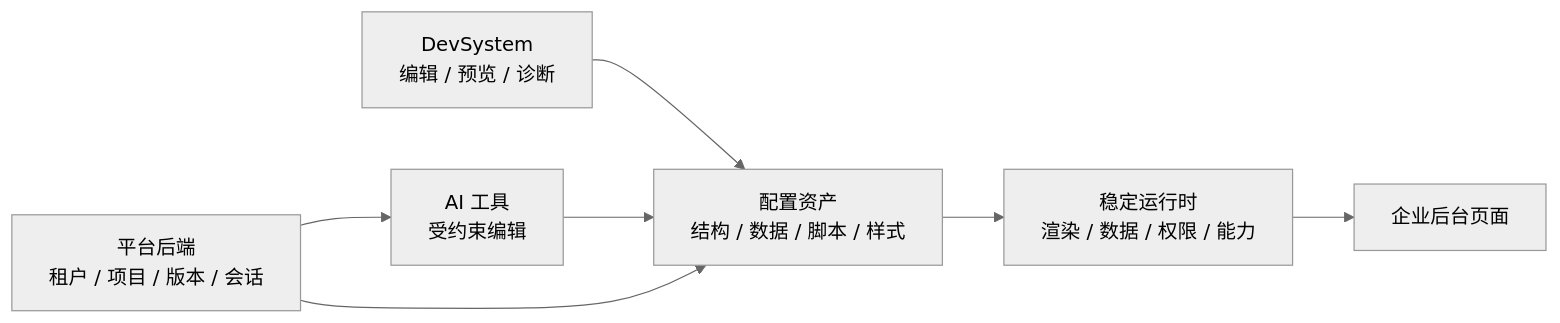
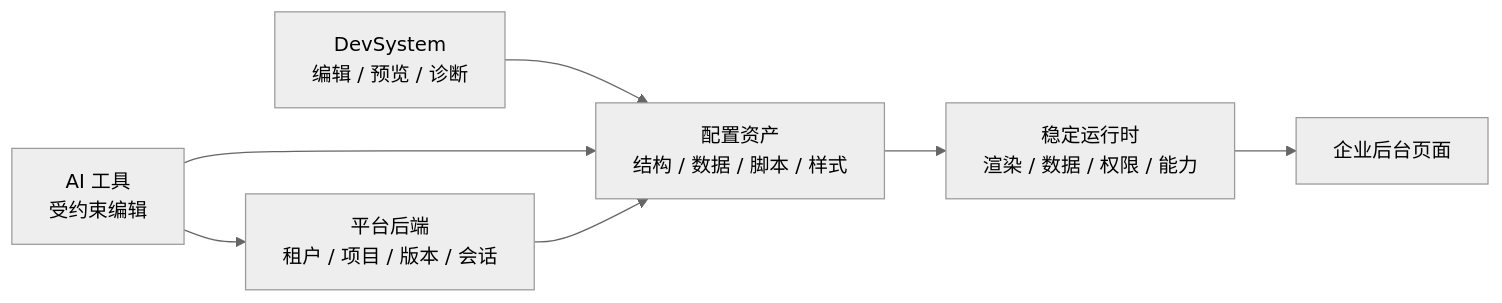
Diagram 16 of 16 in docs/SPARK_VIEW_PROJECT_DEEP_DIVE_ZH.md (LMSpark/spark-view-vue), drawn with Mermaid (neutral theme) before and after one commit. The commit also changed other lines of this file and 10 other files, not shown here.

````diff
--- a/docs/SPARK_VIEW_PROJECT_DEEP_DIVE_ZH.md
+++ b/docs/SPARK_VIEW_PROJECT_DEEP_DIVE_ZH.md
@@ -853,16 +932,16 @@
 ```mermaid
 flowchart LR
   Config["配置资产<br/>结构 / 数据 / 脚本 / 样式"]
   Runtime["稳定运行时<br/>渲染 / 数据 / 权限 / 能力"]
   Design["DevSystem<br/>编辑 / 预览 / 诊断"]
   AI["AI 工具<br/>受约束编辑"]
   Backend["平台后端<br/>租户 / 项目 / 版本 / 会话"]
   Product["企业后台页面"]
 
   Config --> Runtime
   Runtime --> Product
   Design --> Config
   AI --> Config
   Backend --> Config
-  Backend --> AI
+  AI --> Backend
 ```
````
